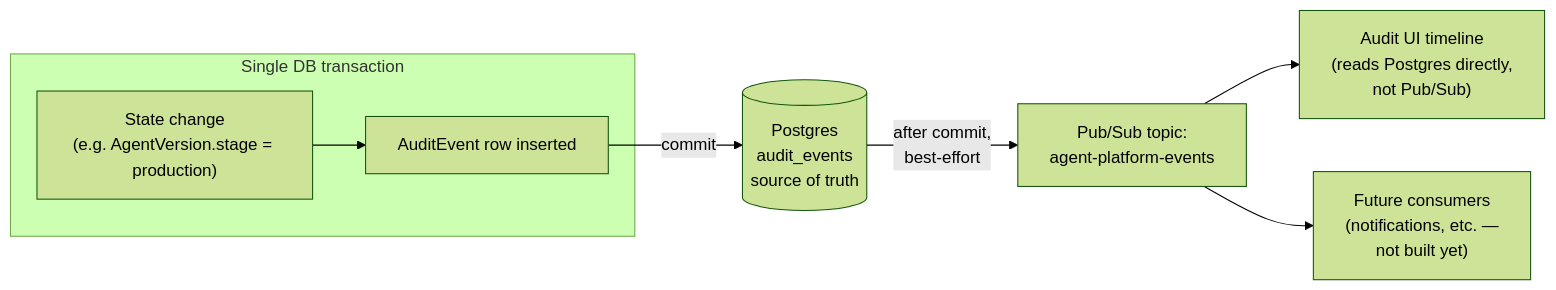
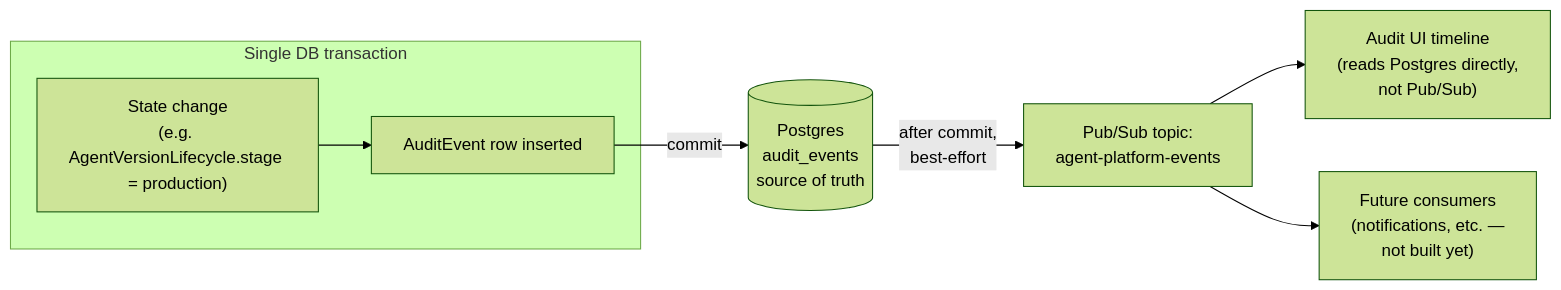
The diagram in docs/audit-model.md (fegbewunmi/agent-developer-platform), drawn with Mermaid (forest theme) before and after one commit. The commit also changed other lines of this file and 13 other files, not shown here.

Commit message:
Correct AgentVersion/stage split, MCP confirm-gate precision, agent-eval deployment prerequisite

````diff
--- a/docs/audit-model.md
+++ b/docs/audit-model.md
@@ -34,10 +34,10 @@
 ```mermaid
 flowchart LR
     subgraph TX["Single DB transaction"]
-        A["State change\n(e.g. AgentVersion.stage = production)"] --> B["AuditEvent row inserted"]
+        A["State change\n(e.g. AgentVersionLifecycle.stage = production)"] --> B["AuditEvent row inserted"]
     end
     B -- "commit" --> C[(Postgres\naudit_events\nsource of truth)]
     C -- "after commit,\nbest-effort" --> D["Pub/Sub topic:\nagent-platform-events"]
     D --> E["Audit UI timeline\n(reads Postgres directly,\nnot Pub/Sub)"]
     D --> F["Future consumers\n(notifications, etc. —\nnot built yet)"]
 ```
````
